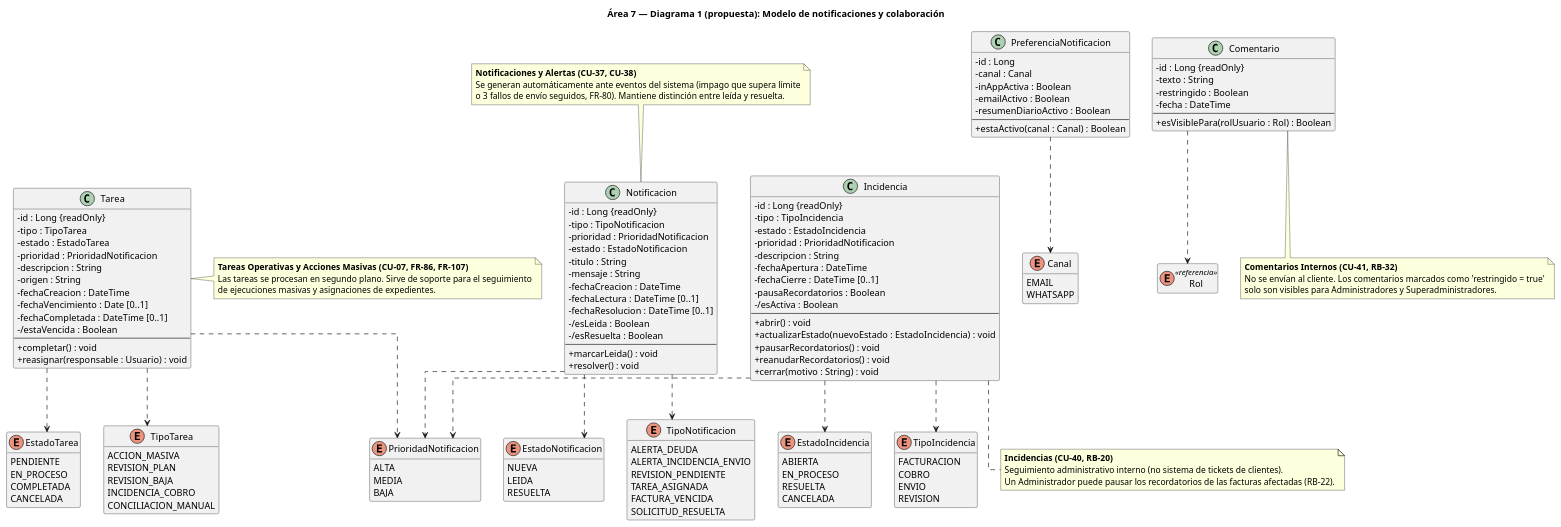
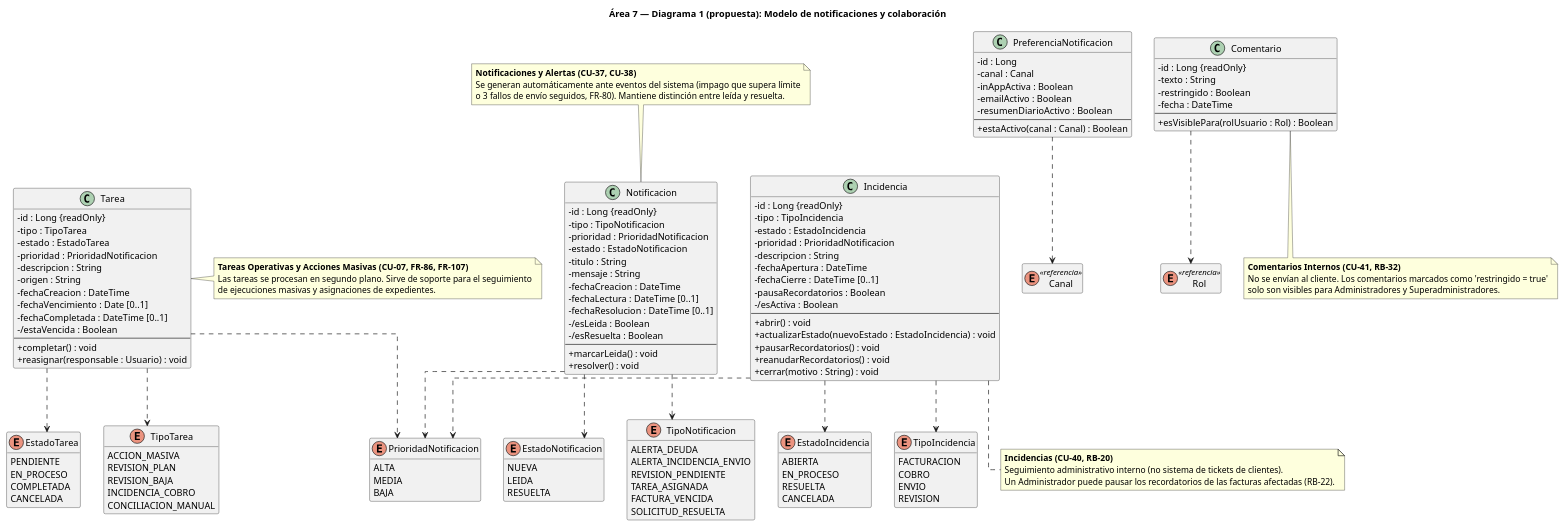
Before and after one commit to naybetaomar/AyDA-ProyectoBebes: the diagram in Entrega2_GrupoBebes/entrega2/diagramas/clases/area07/area7_1_modelo_notificaciones.puml, drawn with PlantUML. The commit also changed 38 other files, not shown here.

```diff
--- a/Entrega2_GrupoBebes/entrega2/diagramas/clases/area07/area7_1_modelo_notificaciones.puml
+++ b/Entrega2_GrupoBebes/entrega2/diagramas/clases/area07/area7_1_modelo_notificaciones.puml
@@ -1,172 +1,169 @@
 @startuml area7_1
 
 skinparam classAttributeIconSize 0
 skinparam linetype ortho
 hide empty members
 
 title Área 7 — Diagrama 1 (propuesta): Modelo de notificaciones y colaboración
 
 class Notificacion {
     - id : Long {readOnly}
     - tipo : TipoNotificacion
     - prioridad : PrioridadNotificacion
     - estado : EstadoNotificacion
     - titulo : String
     - mensaje : String
     - fechaCreacion : DateTime
     - fechaLectura : DateTime [0..1]
     - fechaResolucion : DateTime [0..1]
     - /esLeida : Boolean
     - /esResuelta : Boolean
     --
     + marcarLeida() : void
     + resolver() : void
 }
 
 class PreferenciaNotificacion {
     - id : Long
     - canal : Canal
     - inAppActiva : Boolean
     - emailActivo : Boolean
     - resumenDiarioActivo : Boolean
     --
     + estaActivo(canal : Canal) : Boolean
 }
 
 class Incidencia {
     - id : Long {readOnly}
     - tipo : TipoIncidencia
     - estado : EstadoIncidencia
     - prioridad : PrioridadNotificacion
     - descripcion : String
     - fechaApertura : DateTime
     - fechaCierre : DateTime [0..1]
     - pausaRecordatorios : Boolean
     - /esActiva : Boolean
     --
     + abrir() : void
     + actualizarEstado(nuevoEstado : EstadoIncidencia) : void
     + pausarRecordatorios() : void
     + reanudarRecordatorios() : void
     + cerrar(motivo : String) : void
 }
 
 class Comentario {
     - id : Long {readOnly}
     - texto : String
     - restringido : Boolean
     - fecha : DateTime
     --
     + esVisiblePara(rolUsuario : Rol) : Boolean
 }
 
 class Tarea {
     - id : Long {readOnly}
     - tipo : TipoTarea
     - estado : EstadoTarea
     - prioridad : PrioridadNotificacion
     - descripcion : String
     - origen : String
     - fechaCreacion : DateTime
     - fechaVencimiento : Date [0..1]
     - fechaCompletada : DateTime [0..1]
     - /estaVencida : Boolean
     --
     + completar() : void
     + reasignar(responsable : Usuario) : void
 }
 
 enum EstadoNotificacion {
     NUEVA
     LEIDA
     RESUELTA
 }
 
 enum PrioridadNotificacion {
     ALTA
     MEDIA
     BAJA
 }
 
 enum TipoNotificacion {
     ALERTA_DEUDA
     ALERTA_INCIDENCIA_ENVIO
     REVISION_PENDIENTE
     TAREA_ASIGNADA
     FACTURA_VENCIDA
     SOLICITUD_RESUELTA
 }
 
 enum EstadoIncidencia {
     ABIERTA
     EN_PROCESO
     RESUELTA
     CANCELADA
 }
 
 enum TipoIncidencia {
     FACTURACION
     COBRO
     ENVIO
     REVISION
 }
 
 enum EstadoTarea {
     PENDIENTE
     EN_PROCESO
     COMPLETADA
     CANCELADA
 }
 
 enum TipoTarea {
     ACCION_MASIVA
     REVISION_PLAN
     REVISION_BAJA
     INCIDENCIA_COBRO
     CONCILIACION_MANUAL
 }
 
-enum Canal {
-    EMAIL
-    WHATSAPP
-}
+enum Canal <<referencia>>
 
 enum Rol <<referencia>>
 
 Notificacion ..> EstadoNotificacion
 Notificacion ..> PrioridadNotificacion
 Notificacion ..> TipoNotificacion
 PreferenciaNotificacion ..> Canal
 Incidencia ..> EstadoIncidencia
 Incidencia ..> TipoIncidencia
 Incidencia ..> PrioridadNotificacion
 Comentario ..> Rol
 Tarea ..> EstadoTarea
 Tarea ..> TipoTarea
 Tarea ..> PrioridadNotificacion
 
 note top of Notificacion
     **Notificaciones y Alertas (CU-37, CU-38)**
     Se generan automáticamente ante eventos del sistema (impago que supera límite
     o 3 fallos de envío seguidos, FR-80). Mantiene distinción entre leída y resuelta.
 end note
 
 note bottom of Incidencia
     **Incidencias (CU-40, RB-20)**
     Seguimiento administrativo interno (no sistema de tickets de clientes).
     Un Administrador puede pausar los recordatorios de las facturas afectadas (RB-22).
 end note
 
 note bottom of Comentario
     **Comentarios Internos (CU-41, RB-32)**
     No se envían al cliente. Los comentarios marcados como 'restringido = true'
     solo son visibles para Administradores y Superadministradores.
 end note
 
 note right of Tarea
     **Tareas Operativas y Acciones Masivas (CU-07, FR-86, FR-107)**
     Las tareas se procesan en segundo plano. Sirve de soporte para el seguimiento
     de ejecuciones masivas y asignaciones de expedientes.
 end note
 
 @enduml
```
